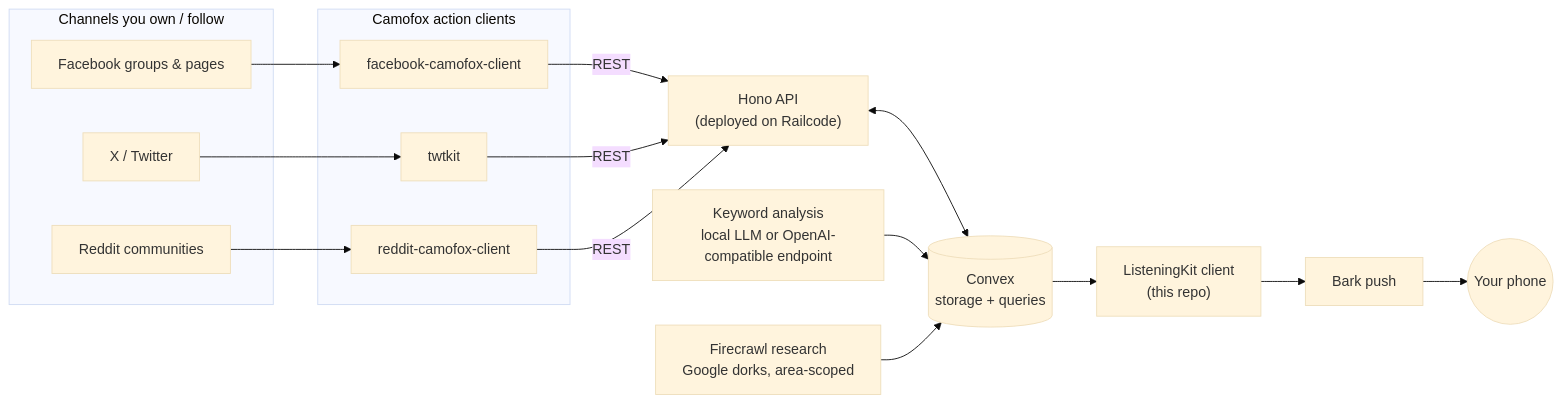
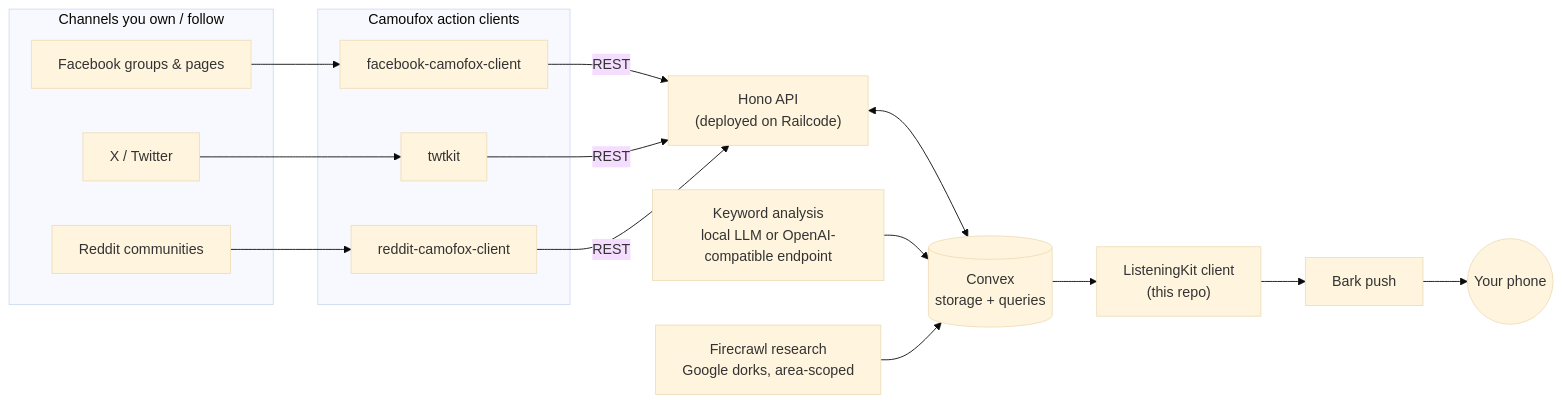
One commit to matthewdonsemail-lab/log changed the first of 8 diagrams in README.md. Above: the diagram before and after it, drawn with Mermaid (base theme). The commit also changed other lines of this file and 1 other file, not shown here.

````diff
--- a/README.md
+++ b/README.md
@@ -13,28 +13,28 @@
 ```mermaid
 flowchart LR
   subgraph sources["Channels you own / follow"]
     FB[Facebook groups & pages]
     XT[X / Twitter]
     RD[Reddit communities]
   end
 
-  subgraph action["Camofox action clients"]
+  subgraph action["Camoufox action clients"]
     FBC["facebook-camofox-client"]
     TWK["twtkit"]
     RDC["reddit-camofox-client"]
   end
 
   FB --> FBC
   XT --> TWK
   RD --> RDC
 
   FBC & TWK & RDC -->|REST| HONO["Hono API<br/>(deployed on Railcode)"]
   HONO <--> CX[("Convex<br/>storage + queries")]
 
   KW["Keyword analysis<br/>local LLM or OpenAI-compatible endpoint"] --> CX
   FC["Firecrawl research<br/>Google dorks, area-scoped"] --> CX
 
   CX --> WEB["ListeningKit client<br/>(this repo)"]
   WEB --> BARK["Bark push"]
   BARK --> PH((Your phone))
 ```
````
